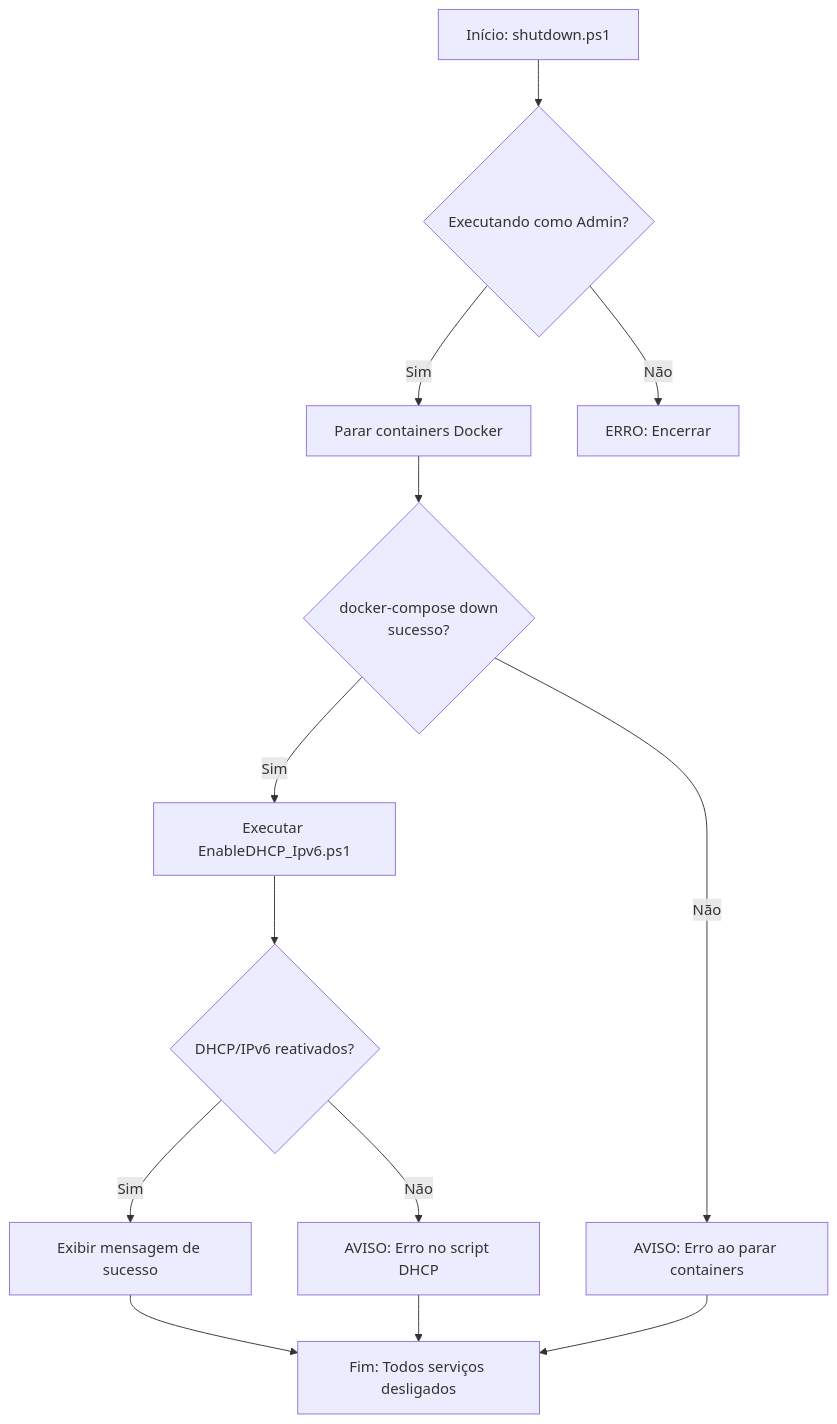
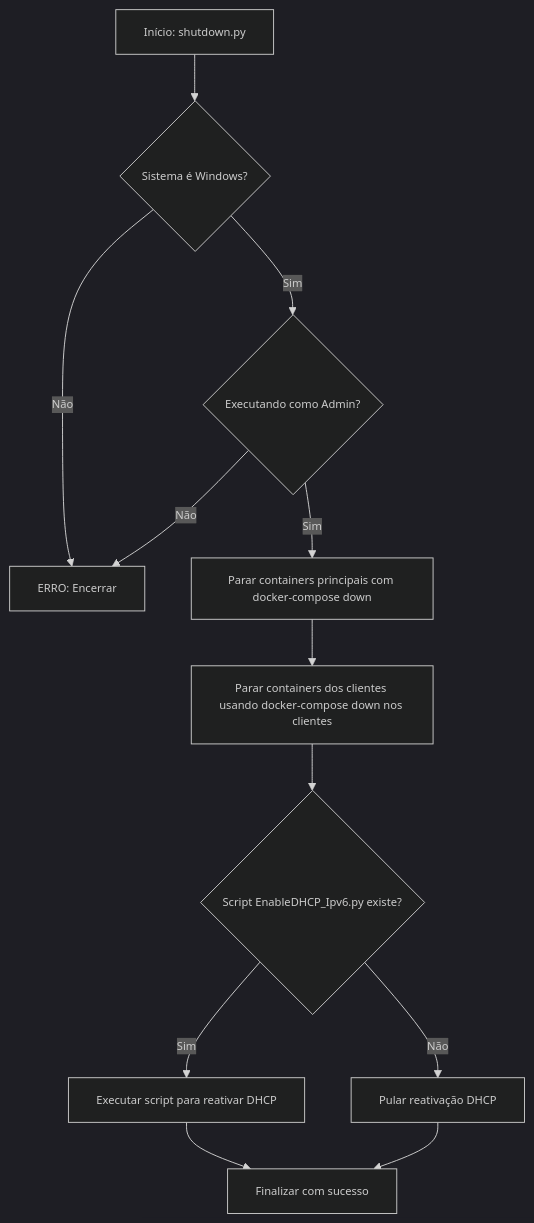
The third of 3 diagrams in README.md (eduardobezerraz/AdmSistemasAbertos_ProjetoFinal), drawn with Mermaid before and after one commit. The commit also changed other lines of this file, not shown here.

````diff
--- a/README.md
+++ b/README.md
@@ -241,18 +304,15 @@
 ```mermaid
+%%{init: {'theme':'dark', 'themeVariables': { 'fontSize': '12px' }, 'flowchart': { 'diagramPadding': 5 }}}%%
 flowchart TD
-    A[Início: shutdown.ps1] --> B{Executando como Admin?}
-    B -->|Sim| C[Parar containers Docker]
+    A[Início: shutdown.py] --> B{Sistema é Windows?}
     B -->|Não| Z[ERRO: Encerrar]
-
-    C --> D{docker-compose down\nsucesso?}
-    D -->|Sim| E[Executar EnableDHCP_Ipv6.ps1]
-    D -->|Não| F[AVISO: Erro ao parar containers]
-
-    E --> G{DHCP/IPv6 reativados?}
-    G -->|Sim| H[Exibir mensagem de sucesso]
-    G -->|Não| I[AVISO: Erro no script DHCP]
-
-    H --> J[Fim: Todos serviços desligados]
-    F --> J
-    I --> J
+    B -->|Sim| C{Executando como Admin?}
+    C -->|Não| Z
+    C -->|Sim| D[Parar containers principais com docker-compose down]
+    D --> E[Parar containers dos clientes usando docker-compose down nos clientes]
+    E --> F{Script EnableDHCP_Ipv6.py existe?}
+    F -->|Sim| G[Executar script para reativar DHCP]
+    F -->|Não| H[Pular reativação DHCP]
+    G --> I[Finalizar com sucesso]
+    H --> I
 ```
````
